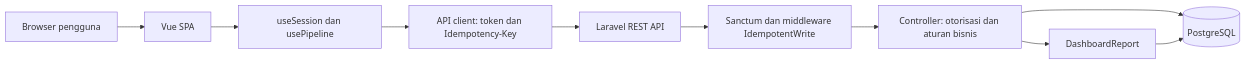
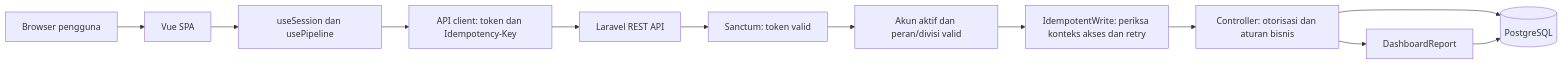
One commit to Alagaputra/Pipeline-Management-System changed the first of 7 diagrams in README.md. Above: the diagram before and after it, drawn with Mermaid. The commit also changed other lines of this file and 15 other files, not shown here.

First line of the commit message:
fix: tutup celah akses lintas divisi dan perkuat penyimpanan data

````diff
--- a/README.md
+++ b/README.md
@@ -38,12 +39,14 @@
 ```mermaid
 flowchart LR
     Browser[Browser pengguna] --> Vue[Vue SPA]
     Vue --> State[useSession dan usePipeline]
     State --> Client[API client: token dan Idempotency-Key]
     Client --> API[Laravel REST API]
-    API --> Auth[Sanctum dan middleware IdempotentWrite]
-    Auth --> Business[Controller: otorisasi dan aturan bisnis]
+    API --> Auth[Sanctum: token valid]
+    Auth --> Access[Akun aktif dan peran/divisi valid]
+    Access --> Retry[IdempotentWrite: periksa konteks akses dan retry]
+    Retry --> Business[Controller: otorisasi dan aturan bisnis]
     Business --> DB[(PostgreSQL)]
     Business --> Report[DashboardReport]
     Report --> DB
 ```
````
